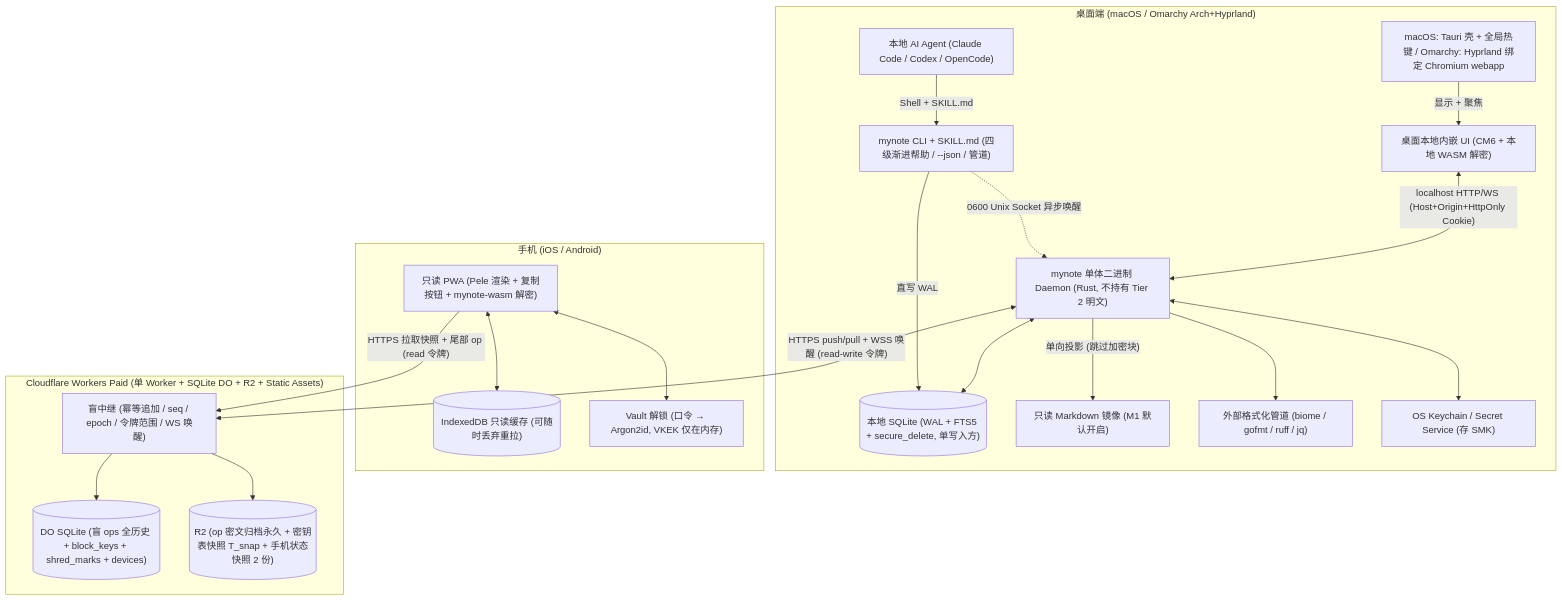
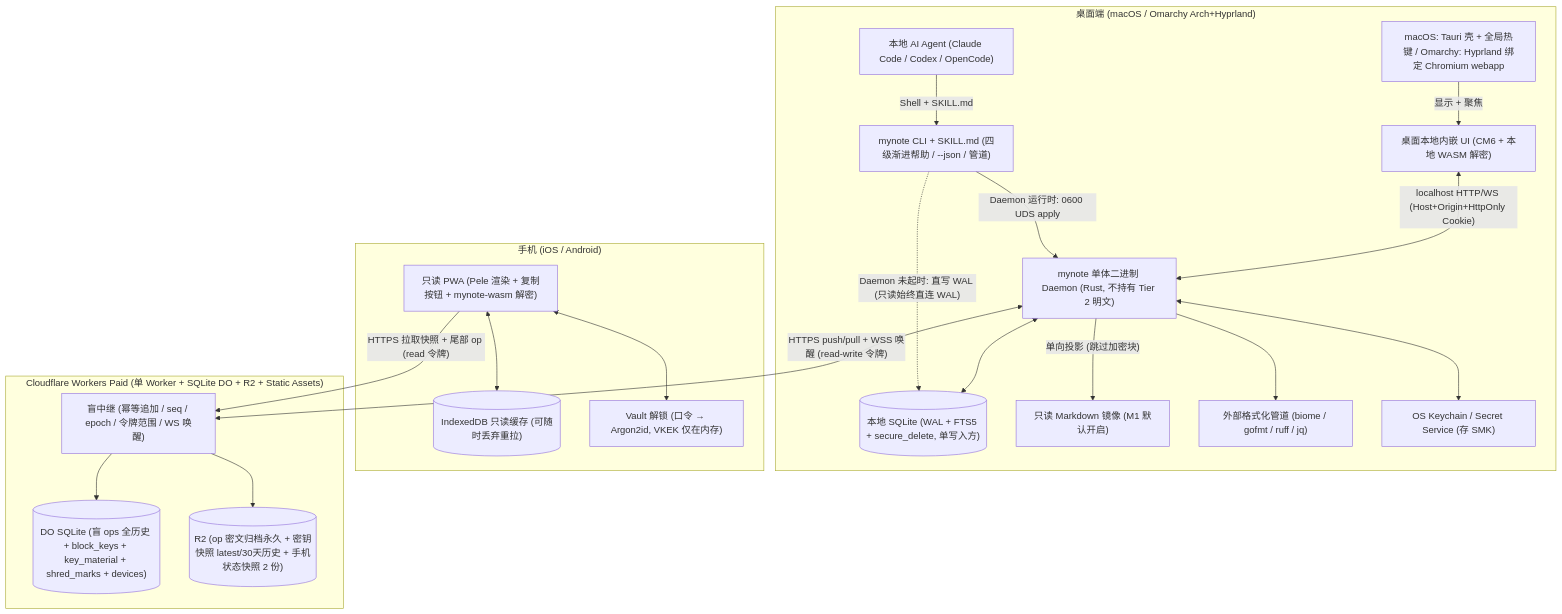
One commit to gray0128/my-note changed the first of 7 diagrams in docs/architecture-proposal.md. Above: the diagram before and after it, drawn with Mermaid. The commit also changed other lines of this file and 8 other files, not shown here.

````diff
--- a/docs/architecture-proposal.md
+++ b/docs/architecture-proposal.md
@@ -275,43 +275,43 @@
 ```mermaid
 flowchart TD
     subgraph Desktop["桌面端 (macOS / Omarchy Arch+Hyprland)"]
         Agent["本地 AI Agent (Claude Code / Codex / OpenCode)"]
         CLI["mynote CLI + SKILL.md (四级渐进帮助 / --json / 管道)"]
         Shell["macOS: Tauri 壳 + 全局热键 / Omarchy: Hyprland 绑定 Chromium webapp"]
         UI_D["桌面本地内嵌 UI (CM6 + 本地 WASM 解密)"]
         Daemon["mynote 单体二进制 Daemon (Rust, 不持有 Tier 2 明文)"]
         DB_L[("本地 SQLite (WAL + FTS5 + secure_delete, 单写入方)")]
         Mirror["只读 Markdown 镜像 (M1 默认开启)"]
         ExtFmt["外部格式化管道 (biome / gofmt / ruff / jq)"]
         Keyring["OS Keychain / Secret Service (存 SMK)"]
 
         Agent -->|"Shell + SKILL.md"| CLI
-        CLI -->|"直写 WAL"| DB_L
-        CLI -.->|"0600 Unix Socket 异步唤醒"| Daemon
+        CLI -->|"Daemon 运行时: 0600 UDS apply"| Daemon
+        CLI -.->|"Daemon 未起时: 直写 WAL (只读始终直连 WAL)"| DB_L
         Shell -->|"显示 + 聚焦"| UI_D
         UI_D <-->|"localhost HTTP/WS (Host+Origin+HttpOnly Cookie)"| Daemon
         Daemon <--> DB_L
         Daemon -->|"单向投影 (跳过加密块)"| Mirror
         Daemon --> ExtFmt
         Daemon <--> Keyring
     end
 
     subgraph Mobile["手机 (iOS / Android)"]
         PWA["只读 PWA (Pele 渲染 + 复制按钮 + mynote-wasm 解密)"]
         IDB[("IndexedDB 只读缓存 (可随时丢弃重拉)")]
         VaultM["Vault 解锁 (口令 → Argon2id, VKEK 仅在内存)"]
         PWA <--> IDB
         PWA <--> VaultM
     end
 
     subgraph Cloud["Cloudflare Workers Paid (单 Worker + SQLite DO + R2 + Static Assets)"]
         SyncAPI["盲中继 (幂等追加 / seq / epoch / 令牌范围 / WS 唤醒)"]
-        CloudDB[("DO SQLite (盲 ops 全历史 + block_keys + shred_marks + devices)")]
-        R2[("R2 (op 密文归档永久 + 密钥表快照 T_snap + 手机状态快照 2 份)")]
+        CloudDB[("DO SQLite (盲 ops 全历史 + block_keys + key_material + shred_marks + devices)")]
+        R2[("R2 (op 密文归档永久 + 密钥快照 latest/30天历史 + 手机状态快照 2 份)")]
         SyncAPI --> CloudDB
         SyncAPI --> R2
     end
 
     Daemon <-->|"HTTPS push/pull + WSS 唤醒 (read-write 令牌)"| SyncAPI
     PWA -->|"HTTPS 拉取快照 + 尾部 op (read 令牌)"| SyncAPI
 ```
````
